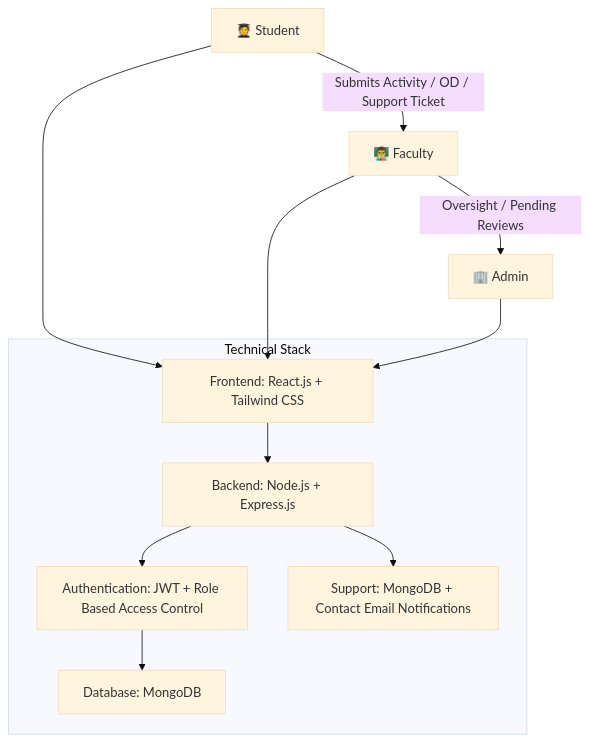
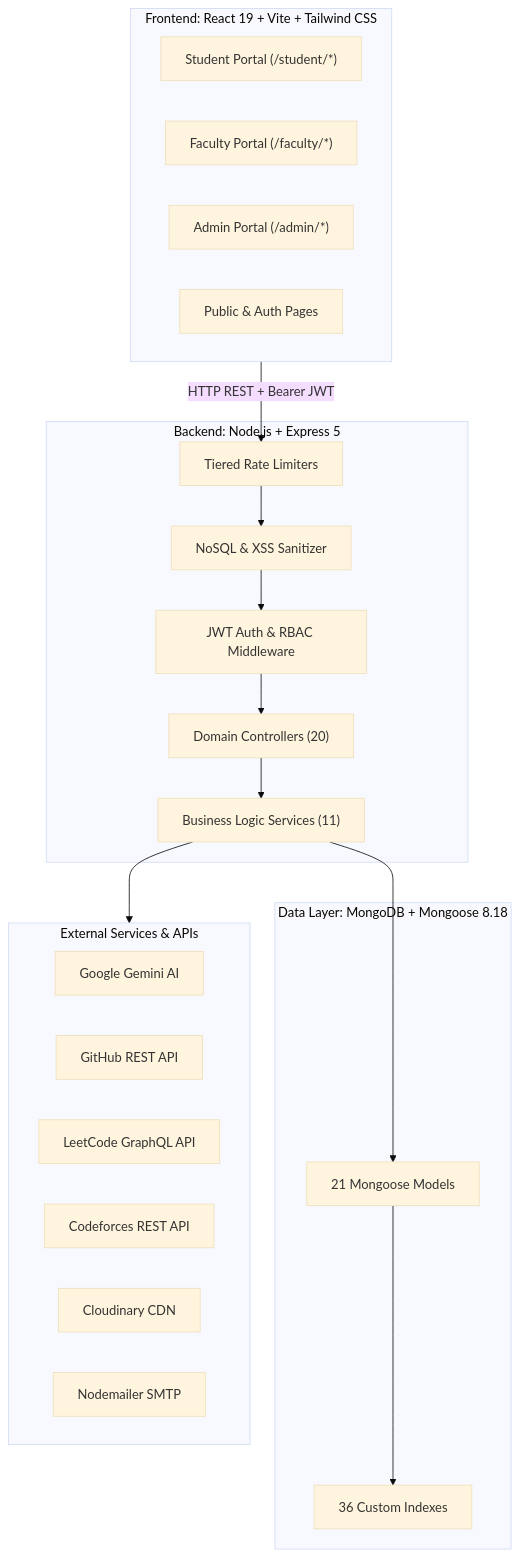
The diagram in README.md (bhavishyagupta11/ScholrBoard), drawn with Mermaid (base theme) before and after one commit. The commit also changed other lines of this file, not shown here.

Commit message:
docs: overhaul README with engineering-standard technical documentation

````diff
--- a/README.md
+++ b/README.md
@@ -83,20 +93,41 @@
 ```mermaid
 graph TD
-    %% Portal Flow
-    Student["🧑‍🎓 Student"] -->|Submits Activity / OD / Support Ticket| Faculty["👨‍🏫 Faculty"]
-    Faculty -->|Oversight / Pending Reviews| Admin["🏢 Admin"]
-
-    subgraph Technical Stack
-        Frontend["Frontend: React.js + Tailwind CSS"]
-        Backend["Backend: Node.js + Express.js"]
-        Database["Database: MongoDB"]
-        Auth["Authentication: JWT + Role Based Access Control"]
-        Support["Support: MongoDB + Contact Email Notifications"]
+    subgraph Client ["Frontend: React 19 + Vite + Tailwind CSS"]
+        StudentUI["Student Portal (/student/*)"]
+        FacultyUI["Faculty Portal (/faculty/*)"]
+        AdminUI["Admin Portal (/admin/*)"]
+        PublicUI["Public & Auth Pages"]
     end
 
-    Student & Faculty & Admin --> Frontend
-    Frontend --> Backend
-    Backend --> Auth
-    Auth --> Database
-    Backend --> Support
+    subgraph Server ["Backend: Node.js + Express 5"]
+        AuthMid["JWT Auth & RBAC Middleware"]
+        SanitizeMid["NoSQL & XSS Sanitizer"]
+        RateLimitMid["Tiered Rate Limiters"]
+        
+        Controllers["Domain Controllers (20)"]
+        Services["Business Logic Services (11)"]
+    end
+
+    subgraph Database ["Data Layer: MongoDB + Mongoose 8.18"]
+        MongoModels["21 Mongoose Models"]
+        Indexes["36 Custom Indexes"]
+    end
+
+    subgraph Integrations ["External Services & APIs"]
+        GeminiAI["Google Gemini AI"]
+        GitHubAPI["GitHub REST API"]
+        LeetCodeAPI["LeetCode GraphQL API"]
+        CFAPI["Codeforces REST API"]
+        CloudinaryAPI["Cloudinary CDN"]
+        SMTPService["Nodemailer SMTP"]
+    end
+
+    Client -->|HTTP REST + Bearer JWT| RateLimitMid
+    RateLimitMid --> SanitizeMid
+    SanitizeMid --> AuthMid
+    AuthMid --> Controllers
+    Controllers --> Services
+    Services --> MongoModels
+    MongoModels --> Indexes
+    Services --> Integrations
 ```
````
